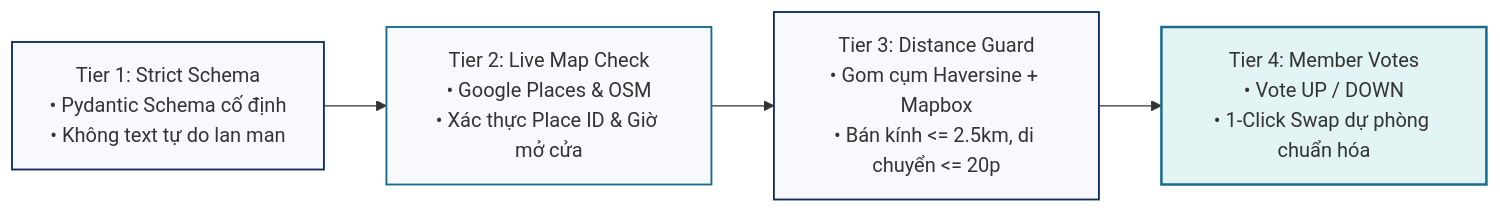
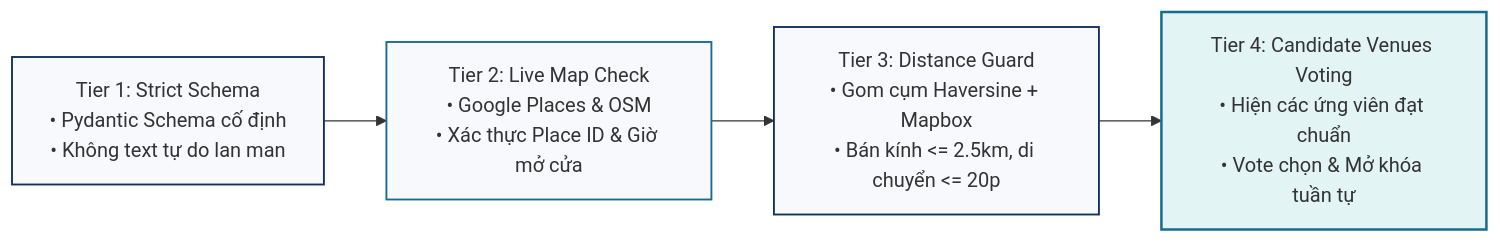
Before and after one commit to b4ck12/Group_Project: the second of 2 diagrams in docs/00-overview/project-overview.md, drawn with Mermaid. The commit also changed other lines of this file and 6 other files, not shown here.

````diff
--- a/docs/00-overview/project-overview.md
+++ b/docs/00-overview/project-overview.md
@@ -93,11 +93,11 @@
 ```mermaid
 flowchart LR
     T1["Tier 1: Strict Schema<br/>• Pydantic Schema cố định<br/>• Không text tự do lan man"] --> T2["Tier 2: Live Map Check<br/>• Google Places & OSM<br/>• Xác thực Place ID & Giờ mở cửa"]
     T2 --> T3["Tier 3: Distance Guard<br/>• Gom cụm Haversine + Mapbox<br/>• Bán kính <= 2.5km, di chuyển <= 20p"]
-    T3 --> T4["Tier 4: Member Votes<br/>• Vote UP / DOWN<br/>• 1-Click Swap dự phòng chuẩn hóa"]
+    T3 --> T4["Tier 4: Candidate Venues Voting<br/>• Hiện các ứng viên đạt chuẩn<br/>• Vote chọn & Mở khóa tuần tự"]
 
     style T1 fill:#f7f9fc,stroke:#12305c,stroke-width:1.5px;
     style T2 fill:#f7f9fc,stroke:#186c8e,stroke-width:1.5px;
     style T3 fill:#f7f9fc,stroke:#12305c,stroke-width:1.5px;
     style T4 fill:#e2f4f4,stroke:#186c8e,stroke-width:2px;
 ```
````
